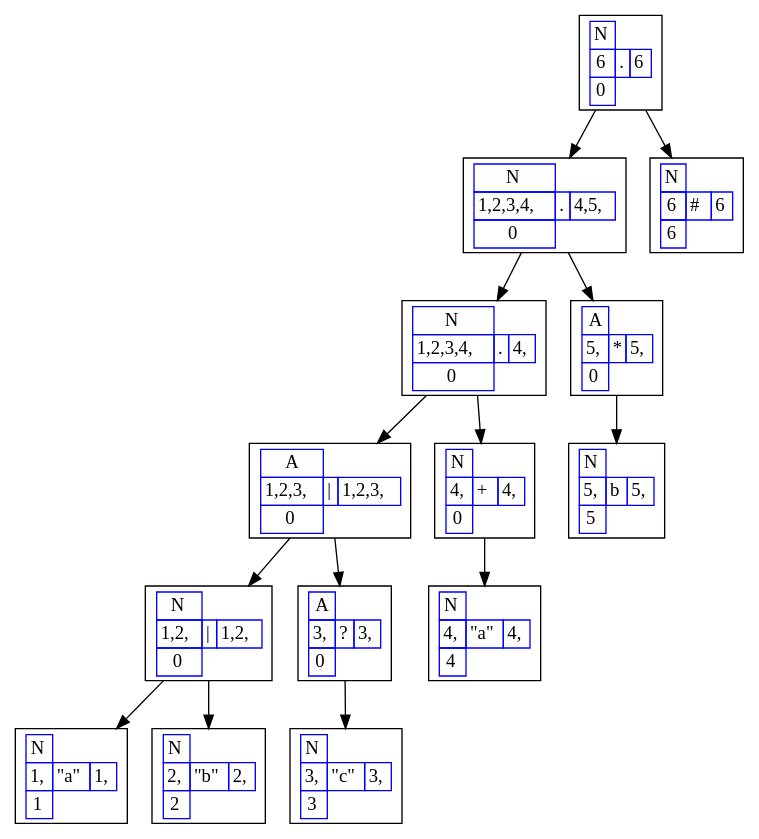
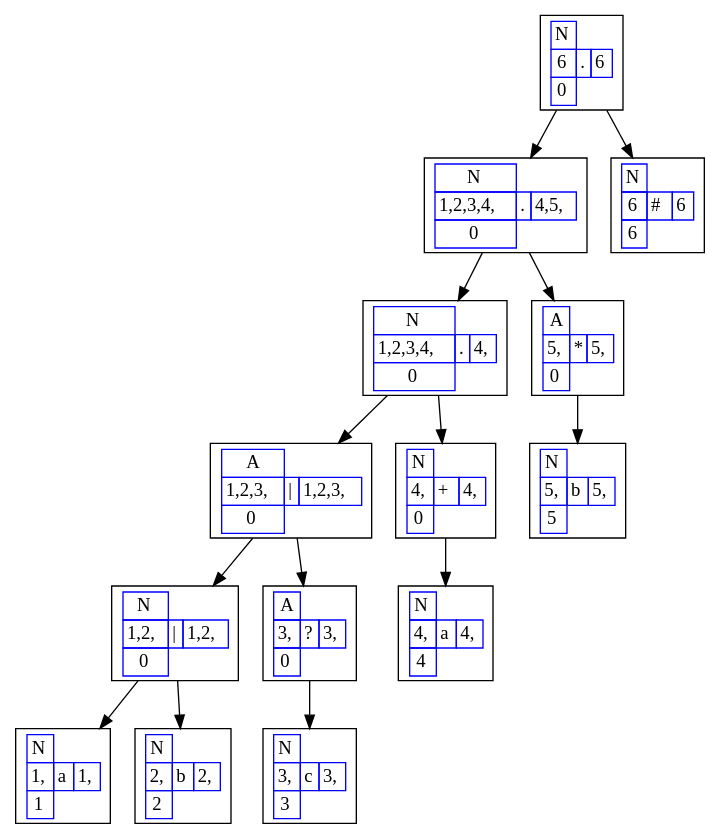
The diagram in Py1_201603028/build/classes/ARBOLES_201603028/PRUEBA.dot (Racs0XD/-OLC1-Proyecto1_201603028), drawn with Graphviz before and after one commit. The commit also changed 10 other files, not shown here.

```diff
--- a/Py1_201603028/build/classes/ARBOLES_201603028/PRUEBA.dot
+++ b/Py1_201603028/build/classes/ARBOLES_201603028/PRUEBA.dot
@@ -1,117 +1,117 @@
 digraph G{
 rankdir=UD
 node[shape=box]
 concentrate=true
-nodo23 [ label =< 
+nodo14 [ label =< 
 <table border='0' cellborder='1' color='blue' cellspacing='0'>
 <tr><td>N</td></tr>
 <tr><td>6</td><td>.</td><td>6</td></tr>
 <tr><td>0</td></tr>
 </table>
 >];
-nodo21 [ label =< 
+nodo12 [ label =< 
 <table border='0' cellborder='1' color='blue' cellspacing='0'>
 <tr><td>N</td></tr>
 <tr><td>1,2,3,4,</td><td>.</td><td>4,5,</td></tr>
 <tr><td>0</td></tr>
 </table>
 >];
-nodo18 [ label =< 
+nodo9 [ label =< 
 <table border='0' cellborder='1' color='blue' cellspacing='0'>
 <tr><td>N</td></tr>
 <tr><td>1,2,3,4,</td><td>.</td><td>4,</td></tr>
 <tr><td>0</td></tr>
 </table>
 >];
-nodo15 [ label =< 
+nodo6 [ label =< 
 <table border='0' cellborder='1' color='blue' cellspacing='0'>
 <tr><td>A</td></tr>
 <tr><td>1,2,3,</td><td>|</td><td>1,2,3,</td></tr>
 <tr><td>0</td></tr>
 </table>
 >];
-nodo12 [ label =< 
+nodo3 [ label =< 
 <table border='0' cellborder='1' color='blue' cellspacing='0'>
 <tr><td>N</td></tr>
 <tr><td>1,2,</td><td>|</td><td>1,2,</td></tr>
 <tr><td>0</td></tr>
 </table>
 >];
-nodo10 [ label =< 
+nodo1 [ label =< 
 <table border='0' cellborder='1' color='blue' cellspacing='0'>
 <tr><td>N</td></tr>
-<tr><td>1,</td><td>"a"</td><td>1,</td></tr>
+<tr><td>1,</td><td>a</td><td>1,</td></tr>
 <tr><td>1</td></tr>
 </table>
 >];
-nodo12->nodo10
-nodo11 [ label =< 
+nodo3->nodo1
+nodo2 [ label =< 
 <table border='0' cellborder='1' color='blue' cellspacing='0'>
 <tr><td>N</td></tr>
-<tr><td>2,</td><td>"b"</td><td>2,</td></tr>
+<tr><td>2,</td><td>b</td><td>2,</td></tr>
 <tr><td>2</td></tr>
 </table>
 >];
-nodo12->nodo11
-nodo15->nodo12
-nodo14 [ label =< 
+nodo3->nodo2
+nodo6->nodo3
+nodo5 [ label =< 
 <table border='0' cellborder='1' color='blue' cellspacing='0'>
 <tr><td>A</td></tr>
 <tr><td>3,</td><td>?</td><td>3,</td></tr>
 <tr><td>0</td></tr>
 </table>
 >];
-nodo13 [ label =< 
+nodo4 [ label =< 
 <table border='0' cellborder='1' color='blue' cellspacing='0'>
 <tr><td>N</td></tr>
-<tr><td>3,</td><td>"c"</td><td>3,</td></tr>
+<tr><td>3,</td><td>c</td><td>3,</td></tr>
 <tr><td>3</td></tr>
 </table>
 >];
-nodo14->nodo13
-nodo15->nodo14
-nodo18->nodo15
-nodo17 [ label =< 
+nodo5->nodo4
+nodo6->nodo5
+nodo9->nodo6
+nodo8 [ label =< 
 <table border='0' cellborder='1' color='blue' cellspacing='0'>
 <tr><td>N</td></tr>
 <tr><td>4,</td><td>+</td><td>4,</td></tr>
 <tr><td>0</td></tr>
 </table>
 >];
-nodo16 [ label =< 
+nodo7 [ label =< 
 <table border='0' cellborder='1' color='blue' cellspacing='0'>
 <tr><td>N</td></tr>
-<tr><td>4,</td><td>"a"</td><td>4,</td></tr>
+<tr><td>4,</td><td>a</td><td>4,</td></tr>
 <tr><td>4</td></tr>
 </table>
 >];
-nodo17->nodo16
-nodo18->nodo17
-nodo21->nodo18
-nodo20 [ label =< 
+nodo8->nodo7
+nodo9->nodo8
+nodo12->nodo9
+nodo11 [ label =< 
 <table border='0' cellborder='1' color='blue' cellspacing='0'>
 <tr><td>A</td></tr>
 <tr><td>5,</td><td>*</td><td>5,</td></tr>
 <tr><td>0</td></tr>
 </table>
 >];
-nodo19 [ label =< 
+nodo10 [ label =< 
 <table border='0' cellborder='1' color='blue' cellspacing='0'>
 <tr><td>N</td></tr>
 <tr><td>5,</td><td>b</td><td>5,</td></tr>
 <tr><td>5</td></tr>
 </table>
 >];
-nodo20->nodo19
-nodo21->nodo20
-nodo23->nodo21
-nodo22 [ label =< 
+nodo11->nodo10
+nodo12->nodo11
+nodo14->nodo12
+nodo13 [ label =< 
 <table border='0' cellborder='1' color='blue' cellspacing='0'>
 <tr><td>N</td></tr>
 <tr><td>6</td><td>#</td><td>6</td></tr>
 <tr><td>6</td></tr>
 </table>
 >];
-nodo23->nodo22
+nodo14->nodo13
 
 }
```
